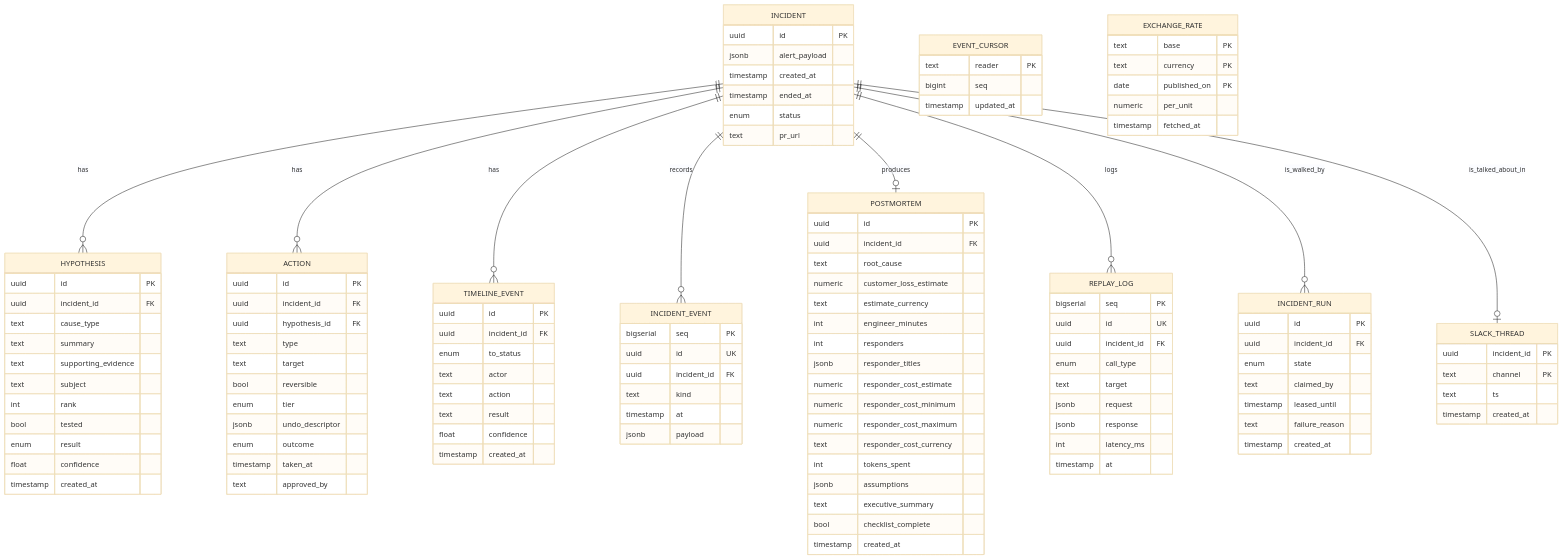
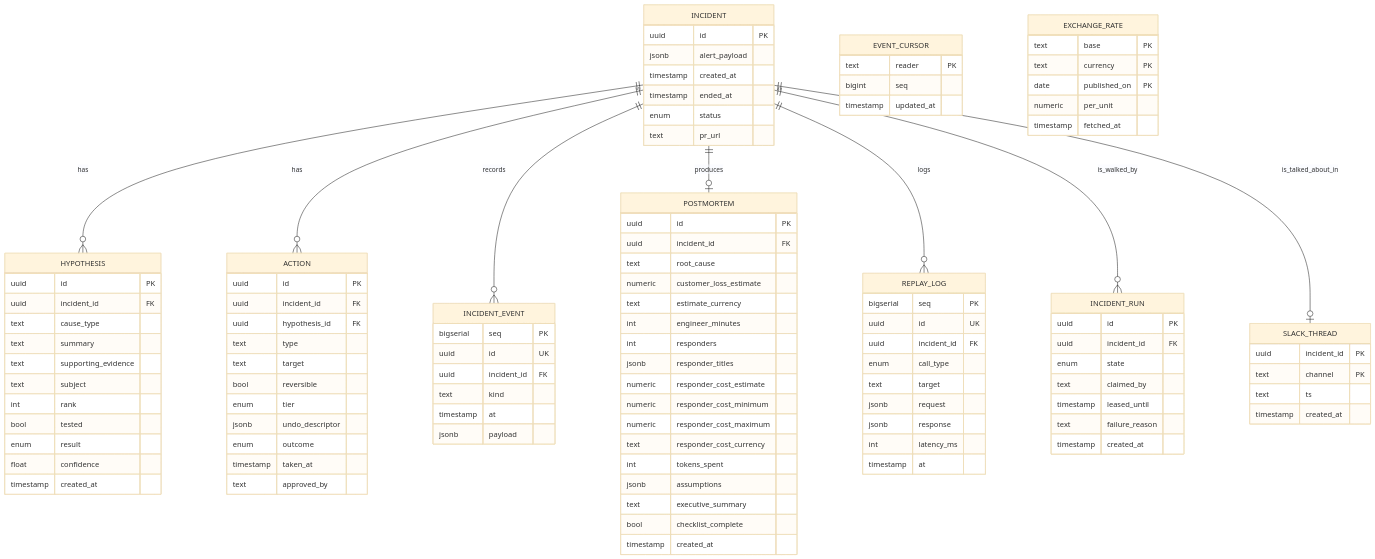
The fourth of 5 diagrams in docs/spec-and-architecture.md (ohadraz/Argus), drawn with Mermaid (base theme) before and after one commit. The commit also changed other lines of this file and 103 other files, not shown here.

Commit message:
an incident has one account, and the page and the postmortem read the same one

```diff
--- a/docs/spec-and-architecture.md
+++ b/docs/spec-and-architecture.md
@@ -315,7 +317,6 @@
 erDiagram
     INCIDENT ||--o{ HYPOTHESIS : has
     INCIDENT ||--o{ ACTION : has
-    INCIDENT ||--o{ TIMELINE_EVENT : has
     INCIDENT ||--o{ INCIDENT_EVENT : records
     INCIDENT ||--o| POSTMORTEM : produces
     INCIDENT ||--o{ REPLAY_LOG : logs
@@ -363,16 +364,6 @@
         text claimed_by
         timestamp leased_until
         text failure_reason
-        timestamp created_at
-    }
-    TIMELINE_EVENT {
-        uuid id PK
-        uuid incident_id FK
-        enum to_status
-        text actor
-        text action
-        text result
-        float confidence
         timestamp created_at
     }
     INCIDENT_EVENT {
```
